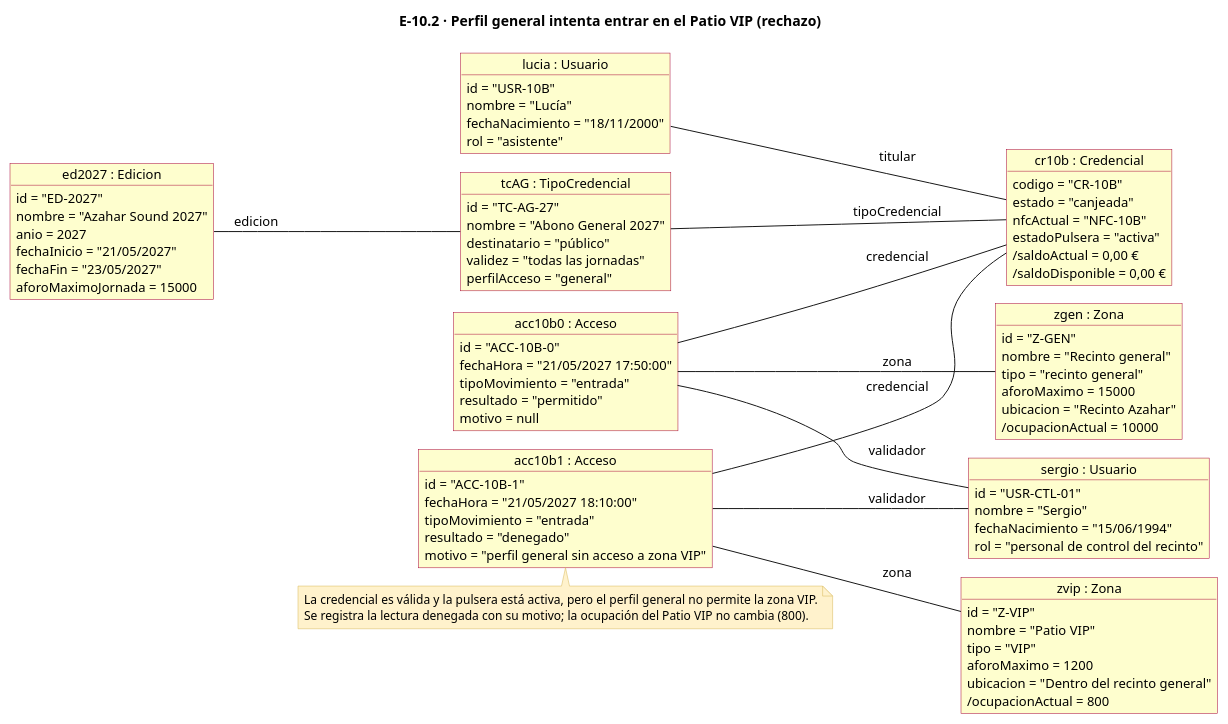
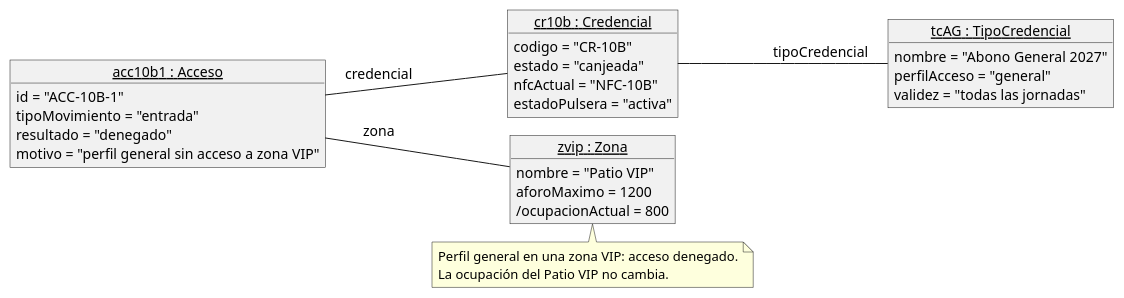
Before and after one commit to Antmungar2/proyecto-curso-iissi1-2026-antmungar2: the diagram in docs/diagramas/escenarios/e10-2.puml, drawn with PlantUML. The commit also changed 30 other files, not shown here.

Commit message:
E2: simplificar diagramas de R.N.10 y R.N.11 al estilo de Darya

```diff
--- a/docs/diagramas/escenarios/e10-2.puml
+++ b/docs/diagramas/escenarios/e10-2.puml
@@ -1,102 +1,53 @@
 @startuml
 !pragma layout smetana
-title E-10.2 · Perfil general intenta entrar en el Patio VIP (rechazo)
 hide empty members
-left to right direction
 skinparam backgroundColor #FFFFFF
+skinparam shadowing false
 skinparam defaultFontName Helvetica
-skinparam defaultFontSize 13
+skinparam defaultFontSize 14
 skinparam object {
-  BackgroundColor #FEFECE
-  BorderColor #A80036
+  BackgroundColor #F1F1F1
+  BorderColor #181818
+  FontSize 14
+}
+skinparam note {
+  BackgroundColor #FEFFDD
+  BorderColor #181818
   FontSize 13
 }
-skinparam note {
-  BackgroundColor #FFF2CC
-  BorderColor #D6B656
-  FontSize 12
-}
 skinparam nodesep 30
-skinparam ranksep 30
+skinparam ranksep 35
+left to right direction
 
-object "ed2027 : Edicion" as ed2027 {
-  id = "ED-2027"
-  nombre = "Azahar Sound 2027"
-  anio = 2027
-  fechaInicio = "21/05/2027"
-  fechaFin = "23/05/2027"
-  aforoMaximoJornada = 15000
-}
-object "zgen : Zona" as zgen {
-  id = "Z-GEN"
-  nombre = "Recinto general"
-  tipo = "recinto general"
-  aforoMaximo = 15000
-  ubicacion = "Recinto Azahar"
-  /ocupacionActual = 10000
-}
-object "zvip : Zona" as zvip {
-  id = "Z-VIP"
-  nombre = "Patio VIP"
-  tipo = "VIP"
-  aforoMaximo = 1200
-  ubicacion = "Dentro del recinto general"
-  /ocupacionActual = 800
-}
-object "tcAG : TipoCredencial" as tcAG {
-  id = "TC-AG-27"
-  nombre = "Abono General 2027"
-  destinatario = "público"
-  validez = "todas las jornadas"
-  perfilAcceso = "general"
-}
-object "lucia : Usuario" as lucia {
-  id = "USR-10B"
-  nombre = "Lucía"
-  fechaNacimiento = "18/11/2000"
-  rol = "asistente"
-}
-object "cr10b : Credencial" as cr10b {
+object "<u>cr10b : Credencial</u>" as cr10b {
   codigo = "CR-10B"
   estado = "canjeada"
   nfcActual = "NFC-10B"
   estadoPulsera = "activa"
-  /saldoActual = 0,00 €
-  /saldoDisponible = 0,00 €
 }
-object "sergio : Usuario" as sergio {
-  id = "USR-CTL-01"
-  nombre = "Sergio"
-  fechaNacimiento = "15/06/1994"
-  rol = "personal de control del recinto"
+object "<u>tcAG : TipoCredencial</u>" as tcAG {
+  nombre = "Abono General 2027"
+  perfilAcceso = "general"
+  validez = "todas las jornadas"
 }
-object "acc10b0 : Acceso" as acc10b0 {
-  id = "ACC-10B-0"
-  fechaHora = "21/05/2027 17:50:00"
-  tipoMovimiento = "entrada"
-  resultado = "permitido"
-  motivo = null
+object "<u>zvip : Zona</u>" as zvip {
+  nombre = "Patio VIP"
+  aforoMaximo = 1200
+  /ocupacionActual = 800
 }
-object "acc10b1 : Acceso" as acc10b1 {
+object "<u>acc10b1 : Acceso</u>" as acc10b1 {
   id = "ACC-10B-1"
-  fechaHora = "21/05/2027 18:10:00"
   tipoMovimiento = "entrada"
   resultado = "denegado"
   motivo = "perfil general sin acceso a zona VIP"
 }
 
-ed2027 -- tcAG : edicion
-tcAG -- cr10b : tipoCredencial
-lucia -- cr10b : titular
-acc10b0 -- cr10b : credencial
-acc10b0 -- zgen : zona
-acc10b0 -- sergio : validador
+cr10b -- tcAG : tipoCredencial
 acc10b1 -- cr10b : credencial
 acc10b1 -- zvip : zona
-acc10b1 -- sergio : validador
 
-note bottom of acc10b1
-La credencial es válida y la pulsera está activa, pero el perfil general no permite la zona VIP.
-Se registra la lectura denegada con su motivo; la ocupación del Patio VIP no cambia (800).
+note bottom of zvip
+Perfil general en una zona VIP: acceso denegado.
+La ocupación del Patio VIP no cambia.
 end note
 @enduml
```
